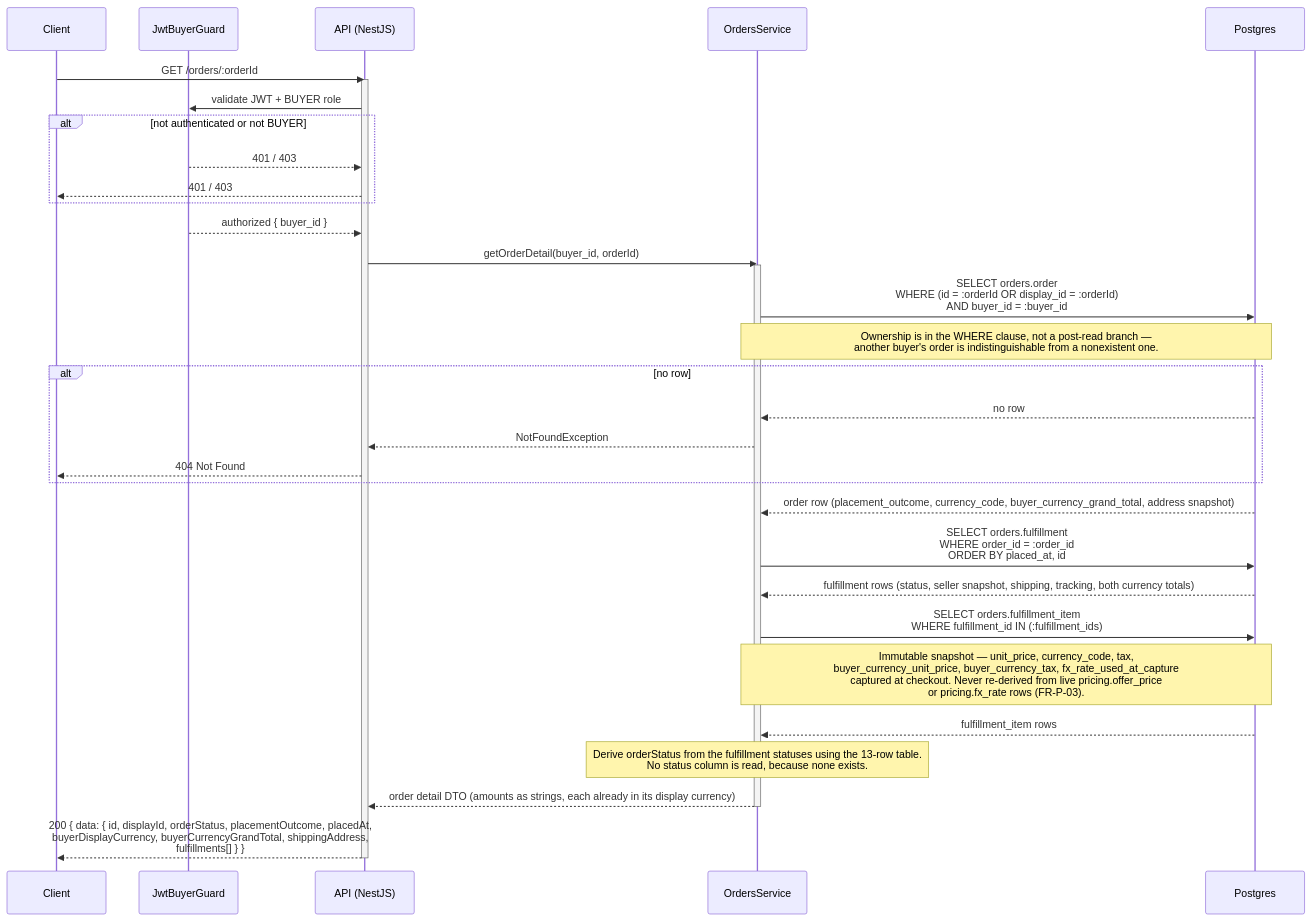
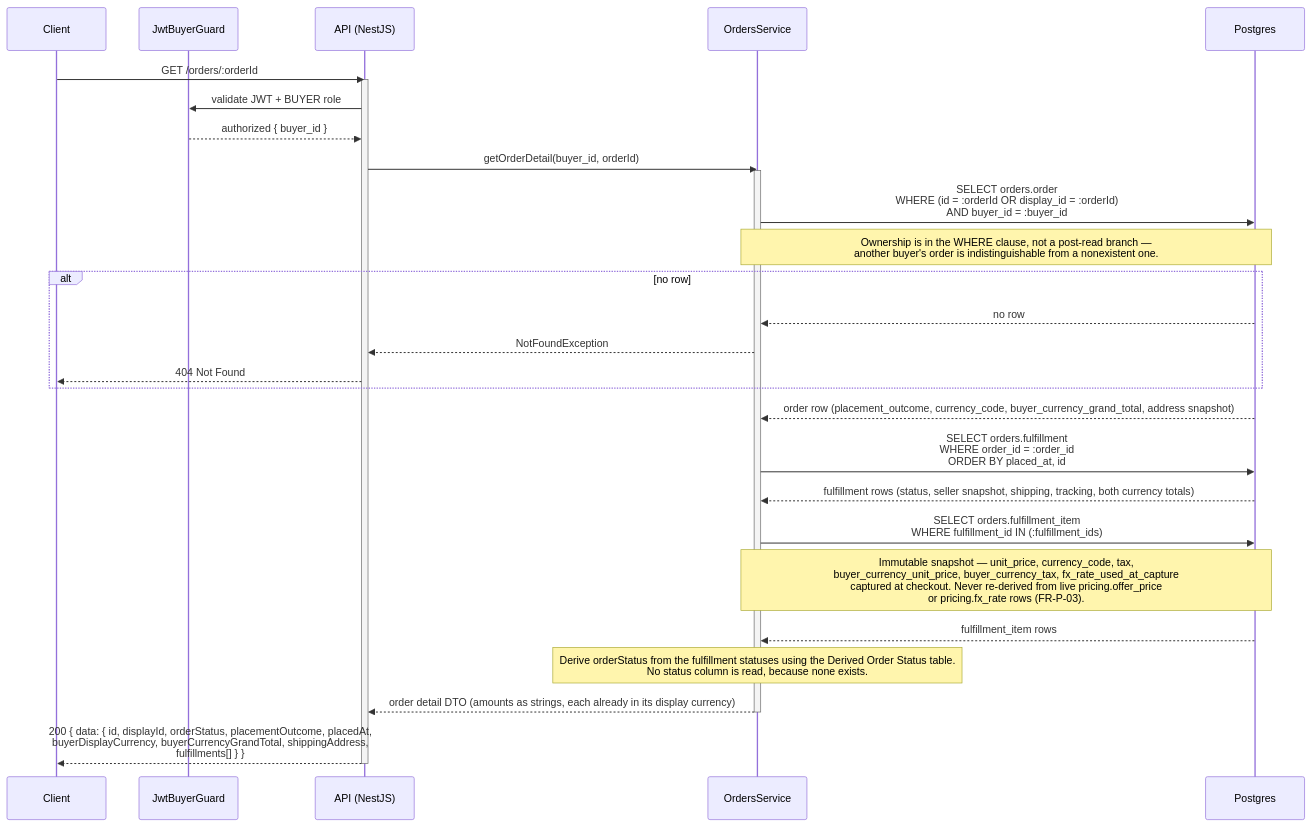
Before and after one commit to alisa-uthi/aliceut-ecom-document: the third of 3 diagrams in phase-1/technical-design/api-design/orders.md, drawn with Mermaid. The commit also changed other lines of this file and 53 other files, not shown here.

````diff
--- a/phase-1/technical-design/api-design/orders.md
+++ b/phase-1/technical-design/api-design/orders.md
@@ -572,37 +573,33 @@
 ```mermaid
 sequenceDiagram
     participant C as Client
     participant G as JwtBuyerGuard
     participant A as API (NestJS)
     participant O as OrdersService
     participant P as Postgres
 
     C->>A: GET /orders/:orderId
     activate A
     A->>G: validate JWT + BUYER role
-    alt not authenticated or not BUYER
-        G-->>A: 401 / 403
-        A-->>C: 401 / 403
-    end
     G-->>A: authorized { buyer_id }
     A->>O: getOrderDetail(buyer_id, orderId)
     activate O
     O->>P: SELECT orders.order<br/>WHERE (id = :orderId OR display_id = :orderId)<br/>AND buyer_id = :buyer_id
     Note over O,P: Ownership is in the WHERE clause, not a post-read branch —<br/>another buyer's order is indistinguishable from a nonexistent one.
     alt no row
         P-->>O: no row
         O-->>A: NotFoundException
         A-->>C: 404 Not Found
     end
     P-->>O: order row (placement_outcome, currency_code, buyer_currency_grand_total, address snapshot)
     O->>P: SELECT orders.fulfillment<br/>WHERE order_id = :order_id<br/>ORDER BY placed_at, id
     P-->>O: fulfillment rows (status, seller snapshot, shipping, tracking, both currency totals)
     O->>P: SELECT orders.fulfillment_item<br/>WHERE fulfillment_id IN (:fulfillment_ids)
     Note over O,P: Immutable snapshot — unit_price, currency_code, tax,<br/>buyer_currency_unit_price, buyer_currency_tax, fx_rate_used_at_capture<br/>captured at checkout. Never re-derived from live pricing.offer_price<br/>or pricing.fx_rate rows (FR-P-03).
     P-->>O: fulfillment_item rows
-    Note over O: Derive orderStatus from the fulfillment statuses using the 13-row table.<br/>No status column is read, because none exists.
+    Note over O: Derive orderStatus from the fulfillment statuses using the Derived Order Status table.<br/>No status column is read, because none exists.
     O-->>A: order detail DTO (amounts as strings, each already in its display currency)
     deactivate O
     A-->>C: 200 { data: { id, displayId, orderStatus, placementOutcome, placedAt,<br/>  buyerDisplayCurrency, buyerCurrencyGrandTotal, shippingAddress,<br/>  fulfillments[] } }
     deactivate A
 ```
````
